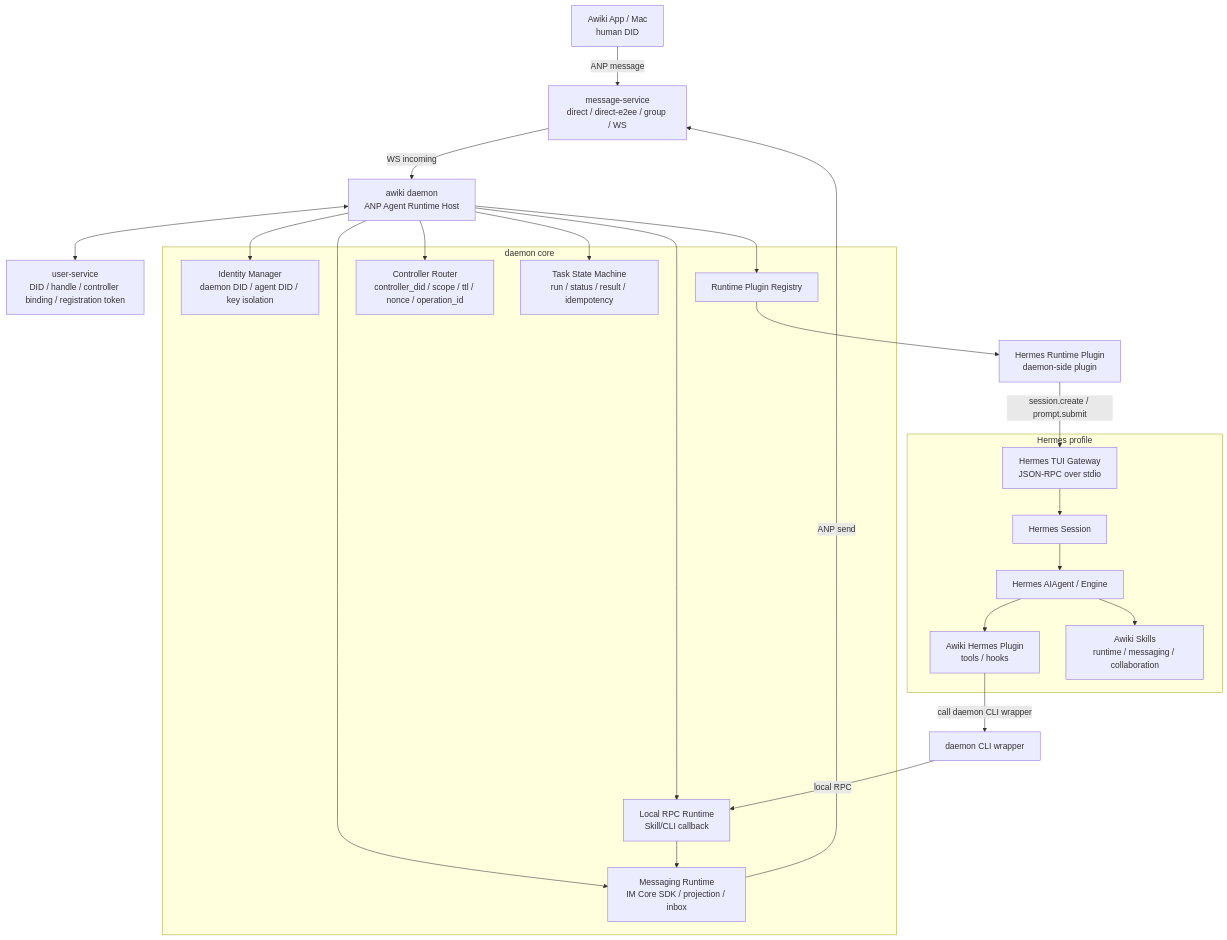
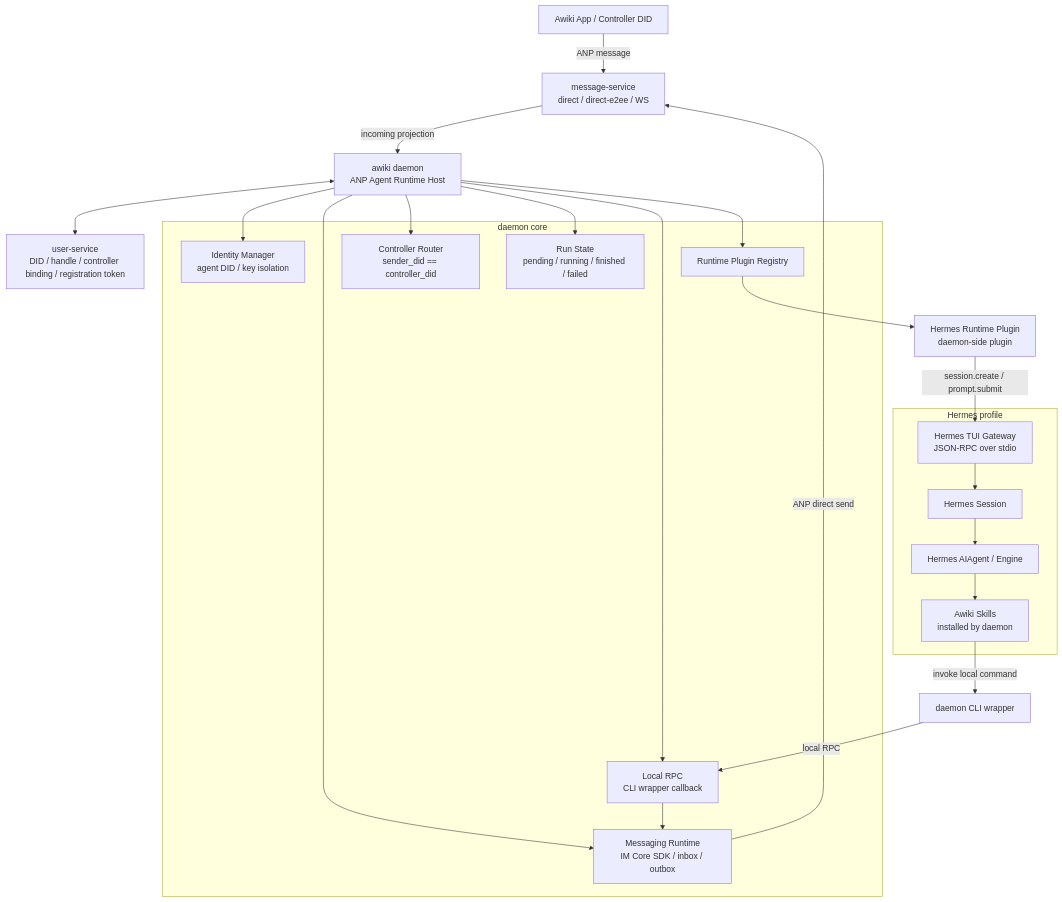
The first of 7 diagrams in crates/awiki-deamon/docs/hermes-plugin/hermes_runtime_plugin_design.md (AgentConnect/awiki-cli-rs2), drawn with Mermaid before and after one commit. The commit also changed other lines of this file, not shown here.

Commit message:
docs: align Hermes runtime plugin design

````diff
--- a/crates/awiki-deamon/docs/hermes-plugin/hermes_runtime_plugin_design.md
+++ b/crates/awiki-deamon/docs/hermes-plugin/hermes_runtime_plugin_design.md
@@ -122,47 +128,45 @@
 ```mermaid
 flowchart TB
-    App["Awiki App / Mac<br/>human DID"]
-    MS["message-service<br/>direct / direct-e2ee / group / WS"]
+    App["Awiki App / Controller DID"]
+    MS["message-service<br/>direct / direct-e2ee / WS"]
     US["user-service<br/>DID / handle / controller binding / registration token"]
     D["awiki daemon<br/>ANP Agent Runtime Host"]
 
     App -->|ANP message| MS
-    MS -->|WS incoming| D
+    MS -->|incoming projection| D
     D <--> US
 
     subgraph Daemon["daemon core"]
-      ID["Identity Manager<br/>daemon DID / agent DID / key isolation"]
-      MSG["Messaging Runtime<br/>IM Core SDK / projection / inbox"]
-      AUTH["Controller Router<br/>controller_did / scope / ttl / nonce / operation_id"]
-      TASK["Task State Machine<br/>run / status / result / idempotency"]
-      RPC["Local RPC Runtime<br/>Skill/CLI callback"]
+      ID["Identity Manager<br/>agent DID / key isolation"]
+      MSG["Messaging Runtime<br/>IM Core SDK / inbox / outbox"]
+      AUTH["Controller Router<br/>sender_did == controller_did"]
+      RUN["Run State<br/>pending / running / finished / failed"]
+      RPC["Local RPC<br/>CLI wrapper callback"]
       REG["Runtime Plugin Registry"]
     end
 
     D --> ID
     D --> MSG
     D --> AUTH
-    D --> TASK
+    D --> RUN
     D --> RPC
     D --> REG
 
     REG --> HRP["Hermes Runtime Plugin<br/>daemon-side plugin"]
 
     subgraph HermesSide["Hermes profile"]
       HTUI["Hermes TUI Gateway<br/>JSON-RPC over stdio"]
       HS["Hermes Session"]
       HE["Hermes AIAgent / Engine"]
-      HP["Awiki Hermes Plugin<br/>tools / hooks"]
-      SK["Awiki Skills<br/>runtime / messaging / collaboration"]
+      SK["Awiki Skills<br/>installed by daemon"]
     end
 
     HRP -->|session.create / prompt.submit| HTUI
     HTUI --> HS
     HS --> HE
-    HE --> HP
     HE --> SK
-    HP -->|call daemon CLI wrapper| CLI["daemon CLI wrapper"]
+    SK -->|invoke local command| CLI["daemon CLI wrapper"]
     CLI -->|local RPC| RPC
     RPC --> MSG
-    MSG -->|ANP send| MS
+    MSG -->|ANP direct send| MS
 ```
````
